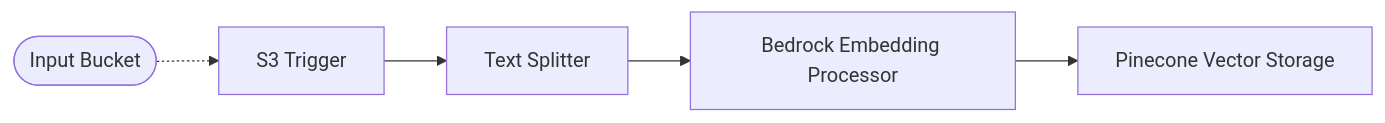
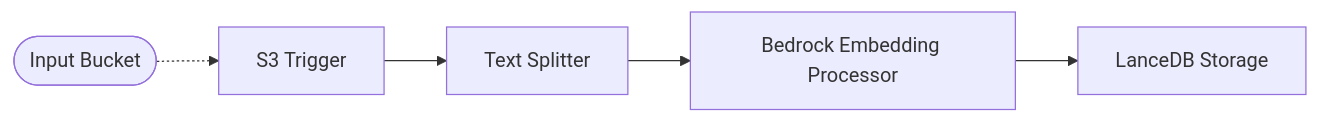
Before and after one commit to awslabs/project-lakechain: the diagram in examples/simple-pipelines/embedding-pipelines/bedrock-lancedb-pipeline/README.md, drawn with Mermaid. The commit also changed other lines of this file, not shown here.

Commit message:
fix: lint issues

````diff
--- a/examples/simple-pipelines/embedding-pipelines/bedrock-lancedb-pipeline/README.md
+++ b/examples/simple-pipelines/embedding-pipelines/bedrock-lancedb-pipeline/README.md
@@ -7,7 +7,7 @@
 ```mermaid
 flowchart LR
   Input([Input Bucket]) -.-> S3[S3 Trigger]
   S3 --> TextSplitter[Text Splitter]
   TextSplitter --> Bedrock[Bedrock Embedding Processor]
-  Bedrock --> Pinecone[Pinecone Vector Storage]
+  Bedrock --> LanceDB[LanceDB Storage]
 ```
````
